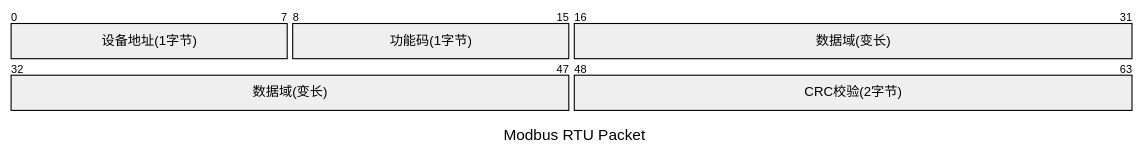
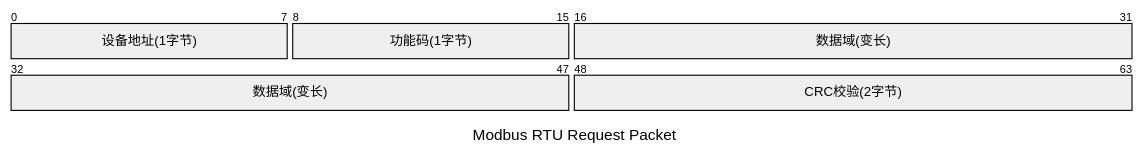
The first of 9 diagrams in handbook/docs/modbusdescription.mdx (RRQM/TouchSocket), drawn with Mermaid before and after one commit. The commit also changed other lines of this file and 1 other file, not shown here.

First line of the commit message:
优化(modbus): 优化Modbus协议描述及错误处理

````diff
--- a/handbook/docs/modbusdescription.mdx
+++ b/handbook/docs/modbusdescription.mdx
@@ -61,10 +65,10 @@
 ```mermaid
 ---
-title: "Modbus RTU Packet"
+title: "Modbus RTU Request Packet"
 ---
 packet-beta
 0-7: "设备地址(1字节)"
 8-15: "功能码(1字节)"
 16-47: "数据域(变长)"
 48-63: "CRC校验(2字节)"
 ```
````
